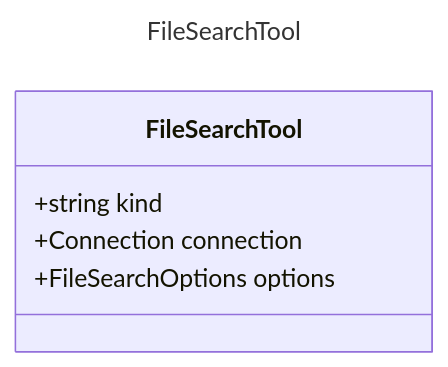
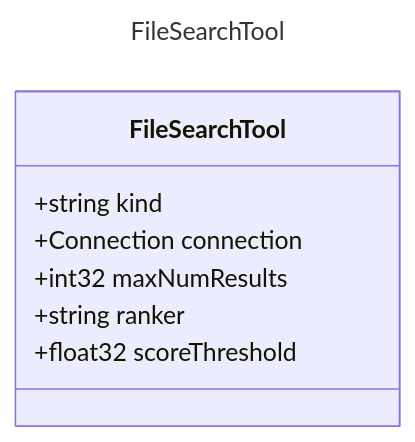
Before and after one commit to microsoft/prompty: the diagram in specification/prompty/docs/FileSearchTool.md, drawn with Mermaid. The commit also changed other lines of this file and 14 other files, not shown here.

````diff
--- a/specification/prompty/docs/FileSearchTool.md
+++ b/specification/prompty/docs/FileSearchTool.md
@@ -8,11 +8,13 @@
 ```mermaid
 ---
 title: FileSearchTool
 ---
 classDiagram
     class FileSearchTool {
         +string kind
         +Connection connection
-        +FileSearchOptions options
+        +int32 maxNumResults
+        +string ranker
+        +float32 scoreThreshold
     }
 ```
````
